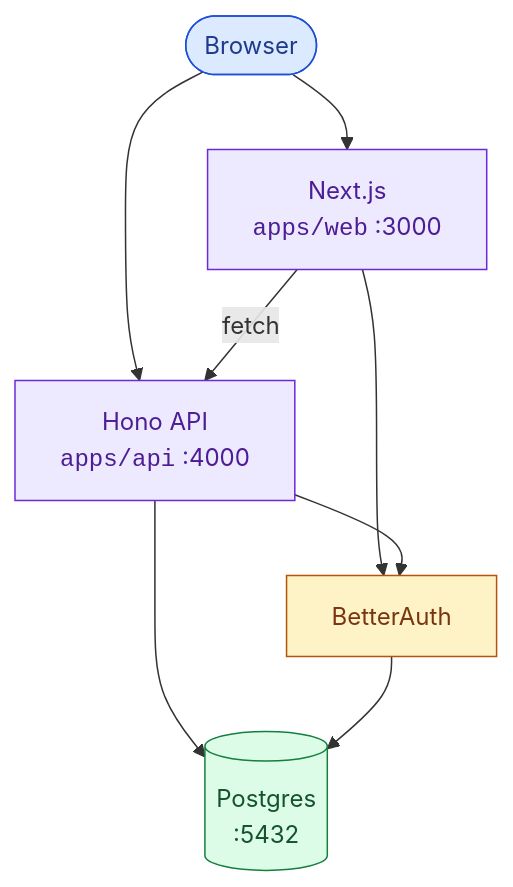
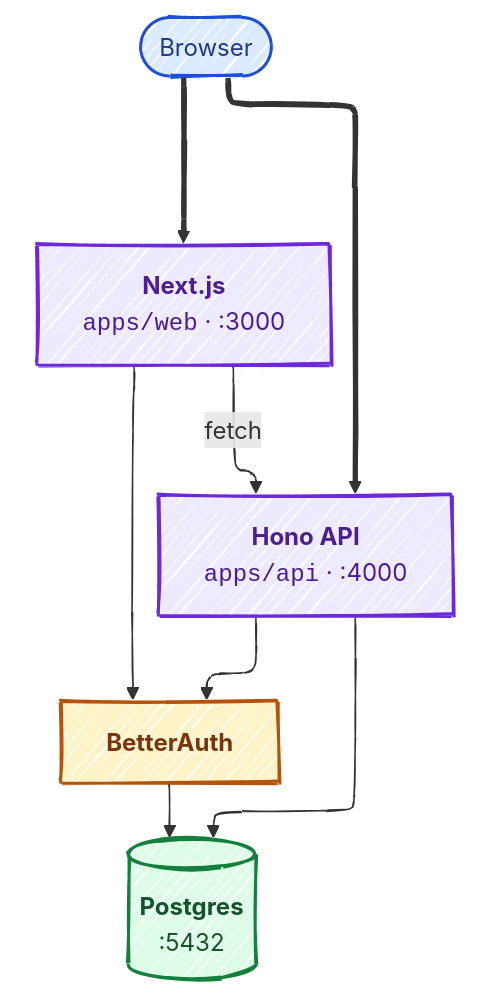
Before and after one commit to CaseyHoover/FullStackSkeleton: the diagram in README.md, drawn with Mermaid.

Commit message:
docs: polish mermaid diagram with ELK layout and tiered styling
Switch to ELK layout engine (via config frontmatter) which minimizes
crossings far better than dagre. Wrap Web + API in an invisible
subgraph to force them onto the same visual tier, preventing the
rank-skip that was making dagre place Web and API at different
levels. Thicken strokes and bold node labels.

````diff
--- a/README.md
+++ b/README.md
@@ -9,25 +9,32 @@
 ```mermaid
+---
+config:
+  layout: elk
+  look: handDrawn
+---
 flowchart TD
-    Browser(["Browser"])
-    Web["Next.js<br/><code>apps/web</code> :3000"]
-    API["Hono API<br/><code>apps/api</code> :4000"]
-    Auth["BetterAuth"]
-    DB[("Postgres<br/>:5432")]
+    Browser(["Browser"]):::client
 
-    Browser --> Web
-    Browser --> API
+    subgraph apps [" "]
+        direction LR
+        Web["<b>Next.js</b><br/><code>apps/web</code> · :3000"]:::app
+        API["<b>Hono API</b><br/><code>apps/api</code> · :4000"]:::app
+    end
+
+    Auth["<b>BetterAuth</b>"]:::service
+    DB[("<b>Postgres</b><br/>:5432")]:::data
+
+    Browser ==> Web
+    Browser ==> API
     Web -->|fetch| API
     Web --> Auth
     API --> Auth
     API --> DB
     Auth --> DB
 
-    classDef client fill:#dbeafe,stroke:#1d4ed8,color:#1e3a8a
-    classDef app fill:#ede9fe,stroke:#6d28d9,color:#4c1d95
-    classDef service fill:#fef3c7,stroke:#b45309,color:#78350f
-    classDef data fill:#dcfce7,stroke:#15803d,color:#14532d
-    class Browser client
-    class Web,API app
-    class Auth service
-    class DB data
+    classDef client fill:#dbeafe,stroke:#1d4ed8,stroke-width:2px,color:#1e3a8a
+    classDef app fill:#ede9fe,stroke:#6d28d9,stroke-width:2px,color:#4c1d95
+    classDef service fill:#fef3c7,stroke:#b45309,stroke-width:2px,color:#78350f
+    classDef data fill:#dcfce7,stroke:#15803d,stroke-width:2px,color:#14532d
+    style apps fill:transparent,stroke:transparent
 ```
````
